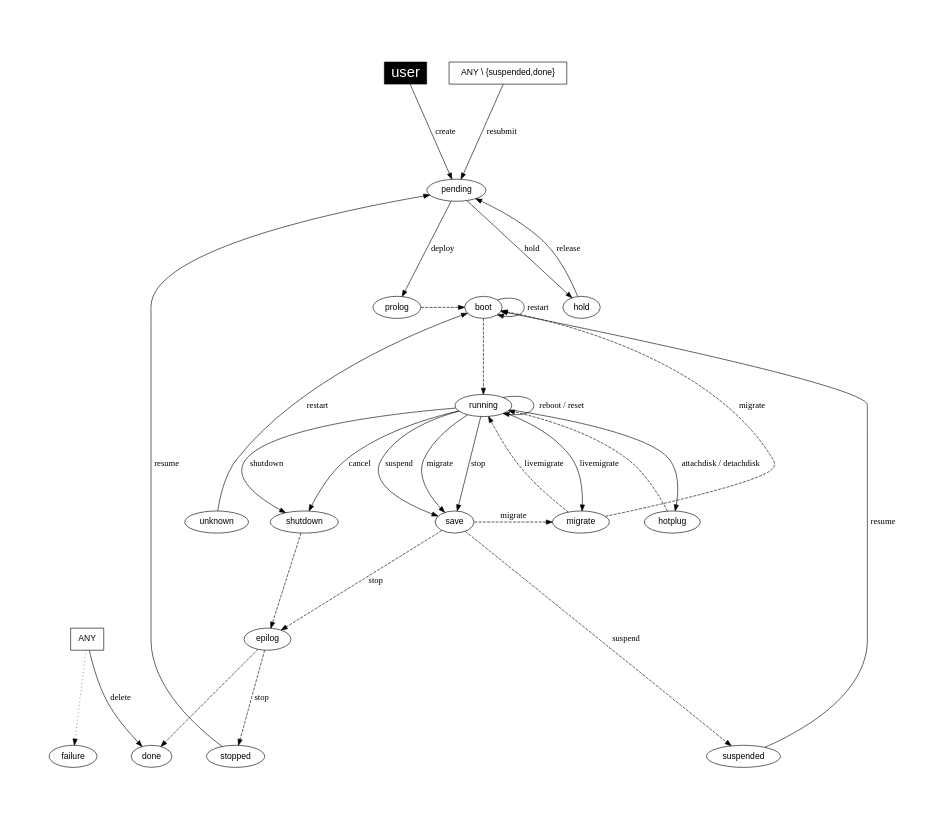
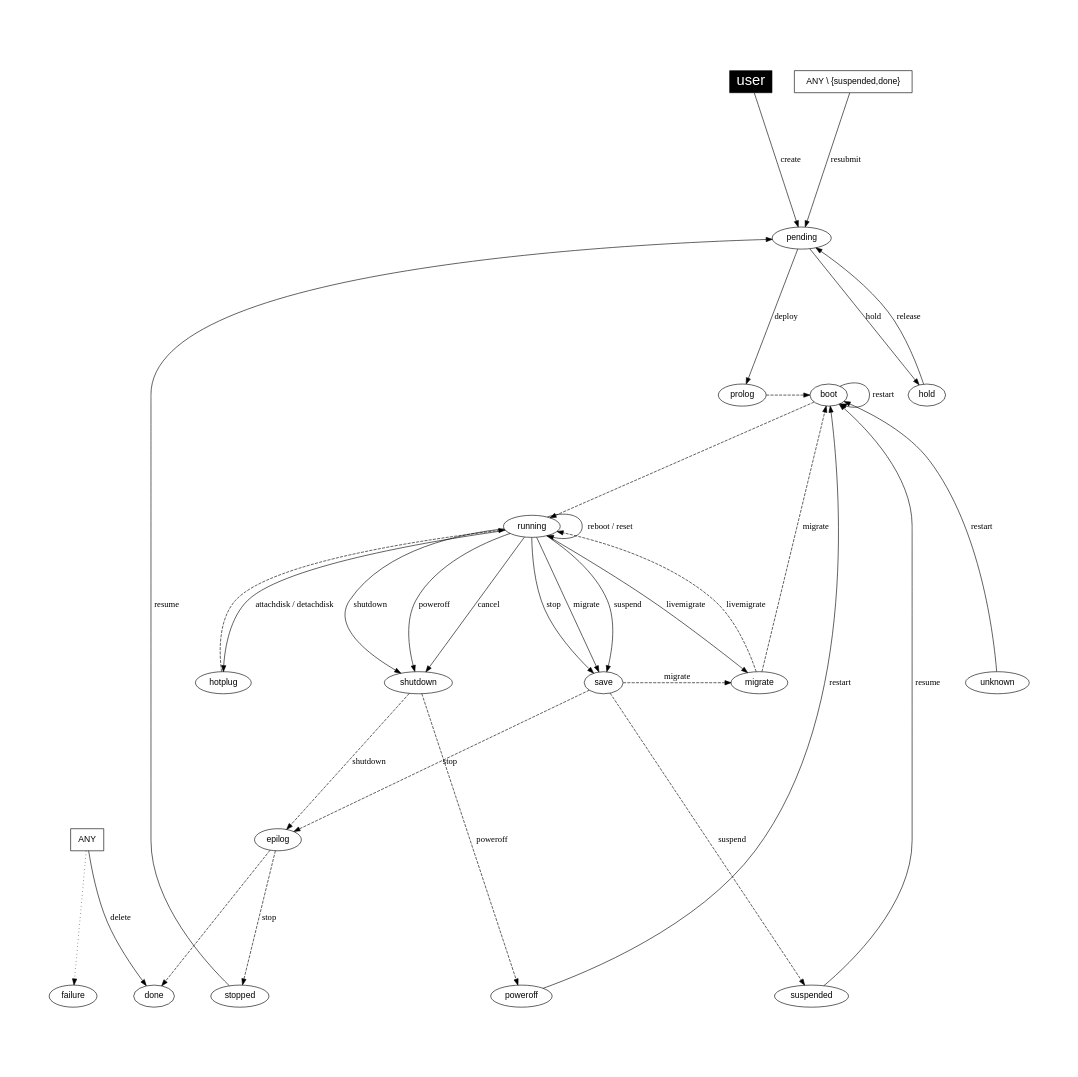
One commit to OpenNebula/one changed the diagram in share/doc/states/states-simple.dot. Above: the diagram before and after it, drawn with Graphviz. The commit also changed 1 other file, not shown here.

Commit message:
Feature #1404: Add new VM states to .dot diagram files

```diff
--- a/share/doc/states/states-simple.dot
+++ b/share/doc/states/states-simple.dot
@@ -1,91 +1,96 @@
 
 
 digraph OpenNebula {
     graph [
         nodesep= 0.5,
         ratio=1,
         pad=1,
     ];
 
     node [fontname="Helvetica"];
     edge [fontname="Menlo"];
     
     user [
         fillcolor="black",
         style="filled", shape="box",
         fontcolor="white", fontsize= "24.0"];
 
     ANY [ shape="box" ];
     "ANY \\ {suspended,done}" [ shape="box" ];
 
     subgraph { rank = min; user}
 #    subgraph { rank = same; pending; hold; color="white"}
     subgraph { rank = same; prolog; boot; color="white" }
     subgraph { rank = same; migrate; save; shutdown; unknown; hotplug; 
         color="white" }
-    subgraph { rank = max; suspended; done; failure; stopped; color="white" }
+    subgraph { rank = max; suspended; done; failure; stopped; poweroff; color="white" }
 
 #   create
     user -> pending [label="create"];
 
 #   deploy
     pending     -> prolog [label="deploy"];
     prolog      -> boot [style="dashed"];
     boot        -> running [style="dashed"];
 
 #   shutdown
     running     -> shutdown [label="shutdown"];
-    shutdown    -> epilog [style="dashed"];
+    shutdown    -> epilog [label="shutdown", style="dashed"];
     epilog      -> done [style="dashed"];
+
+#   poweroff
+    running     -> shutdown [label="poweroff"];
+    shutdown    -> poweroff [label="poweroff", style="dashed"];
 
 #   livemigrate
     running     -> migrate [label="livemigrate"];
     migrate     -> running [label="livemigrate", style="dashed"];
 
 #   migrate
     running     -> save [label="migrate"];
     save        -> migrate [label="migrate", style="dashed"];
     migrate     -> boot [label="migrate", style="dashed"];
 
 #   hold
     pending     -> hold [label="hold"];
 
 #   release
     hold        -> pending [label="release"];
 
 #   stop
     running     -> save [label="stop"];
     save        -> epilog [label="stop", style="dashed"];
     epilog      -> stopped [label="stop", style="dashed"];
 
 #   cancel
     running     -> shutdown [label="cancel"];
 
 #   suspend
     running     -> save [label="suspend"];
     save        -> suspended [label="suspend", style="dashed"];
 
 #   resume
     stopped     -> pending [label="resume"];
     suspended   -> boot [label="resume"];
 
 #   delete
     ANY         -> done [label="delete"];
 
 #   restart
     unknown     -> boot [label="restart"];
     boot        -> boot [label="restart"];
+    poweroff    -> boot [label="restart"];
 
 #   reboot, reset
     running     -> running [label="reboot / reset"];
 
 #   attachdisk
     running     -> hotplug [label="attachdisk / detachdisk"]
     hotplug     -> running [style="dashed"];
 
 #   resubmit
     "ANY \\ {suspended,done}" -> pending [label="resubmit"];
 
 #   failures and misc.
     ANY         -> failure [style="dotted"];
 }
```
